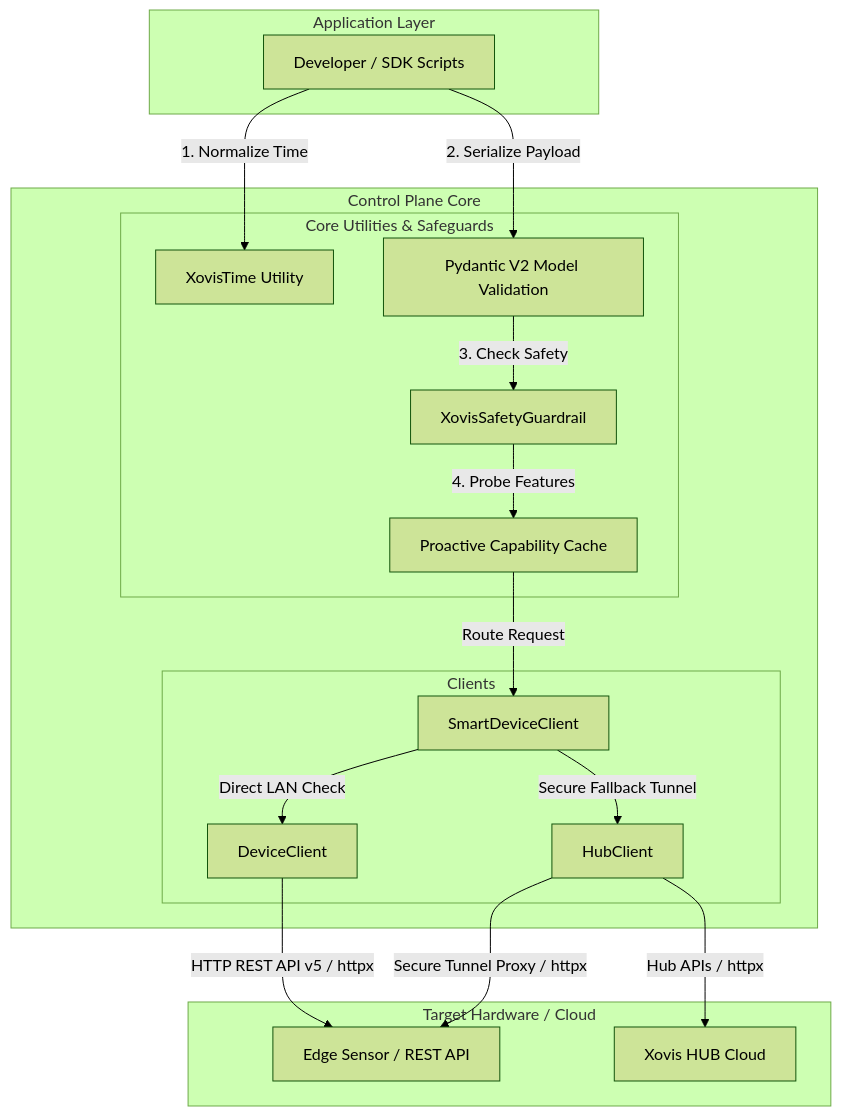
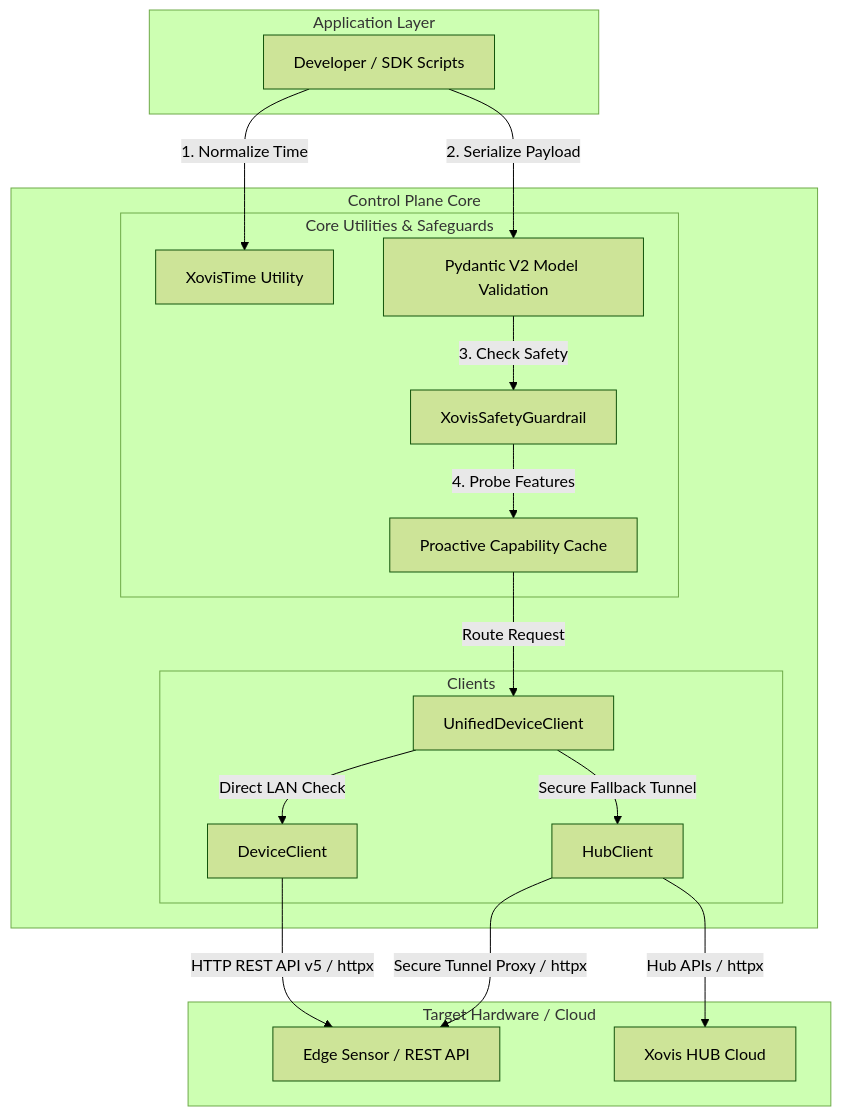
One commit to xovis-open-sdk/xovis-sdk changed the diagram in docs/architecture/control_plane.md. Above: the diagram before and after it, drawn with Mermaid (forest theme). The commit also changed other lines of this file and 25 other files, not shown here.

Commit message:
chore: replace SmartDeviceClient with UnifiedDeviceClient, add name-based resolution, and improve fallback logic

````diff
--- a/docs/architecture/control_plane.md
+++ b/docs/architecture/control_plane.md
@@ -19,39 +19,39 @@
 ```mermaid
 graph TD
     subgraph "Application Layer"
         DevCode[Developer / SDK Scripts]
     end
 
     subgraph "Control Plane Core"
         subgraph "Clients"
             HC[HubClient]
             DC[DeviceClient]
-            Smart[SmartDeviceClient]
+            Smart[UnifiedDeviceClient]
         end
 
         subgraph "Core Utilities & Safeguards"
             Guardrail[XovisSafetyGuardrail]
             Pydantic[Pydantic V2 Model Validation]
             Probe[Proactive Capability Cache]
             TimeNorm[XovisTime Utility]
         end
     end
 
     subgraph "Target Hardware / Cloud"
         Hub[Xovis HUB Cloud]
         Edge[Edge Sensor / REST API]
     end
 
     DevCode -->|1. Normalize Time| TimeNorm
     DevCode -->|2. Serialize Payload| Pydantic
     Pydantic -->|3. Check Safety| Guardrail
     Guardrail -->|4. Probe Features| Probe
     
     Probe -->|Route Request| Smart
     Smart -->|Direct LAN Check| DC
     Smart -->|Secure Fallback Tunnel| HC
     
     DC -->|HTTP REST API v5 / httpx| Edge
     HC -->|Secure Tunnel Proxy / httpx| Edge
     HC -->|Hub APIs / httpx| Hub
 ```
````
